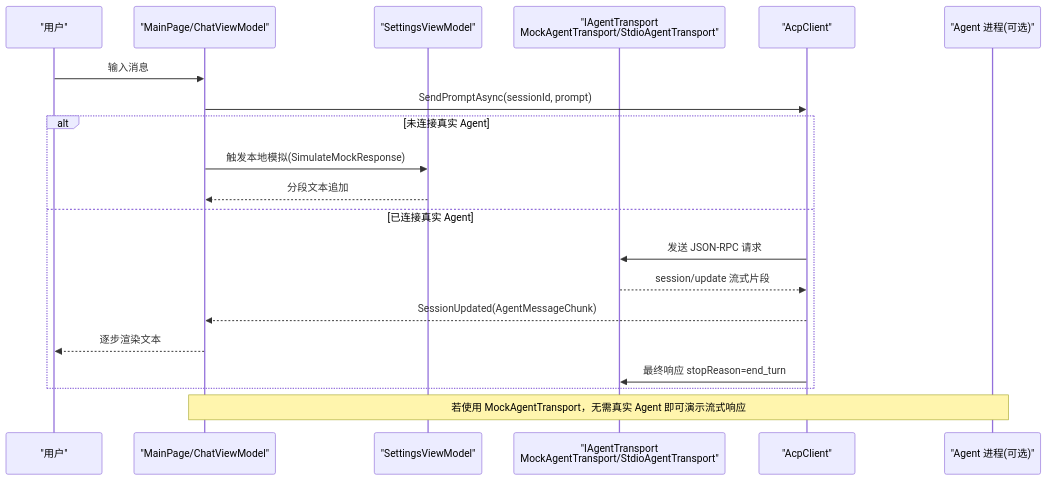
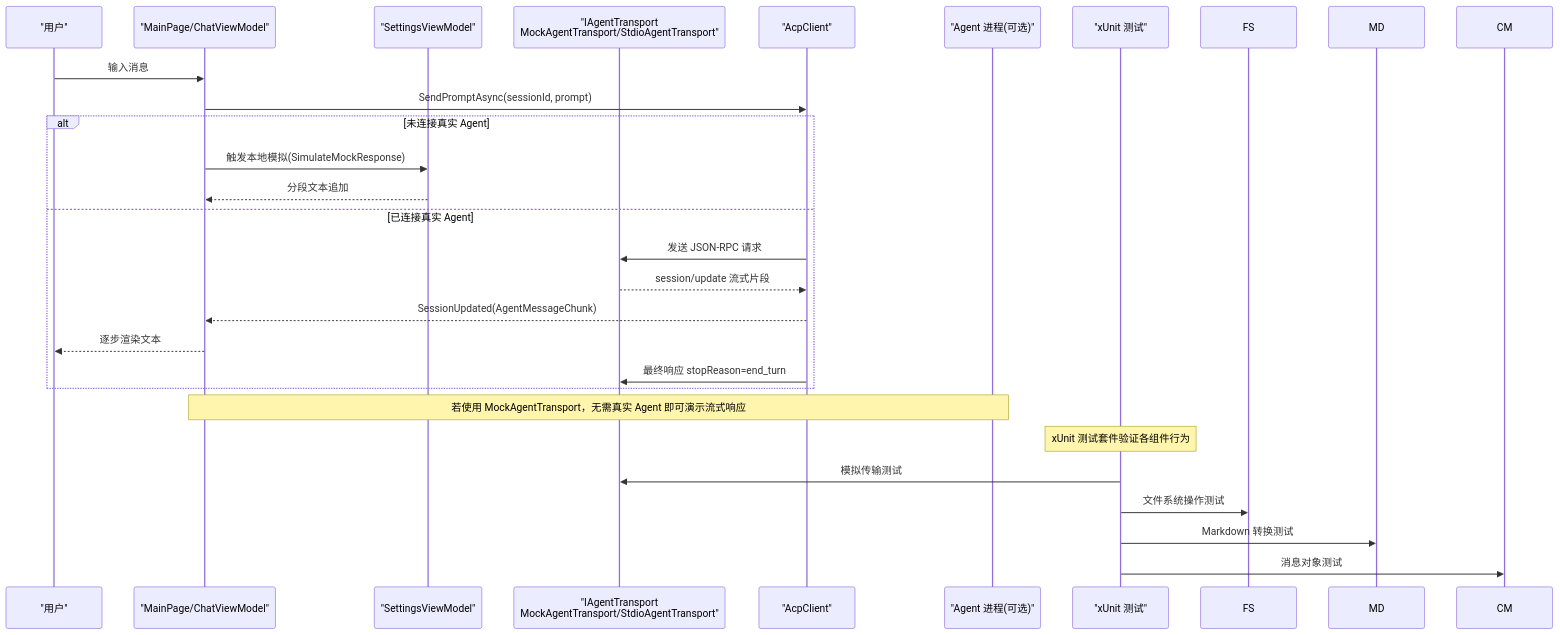
The second of 6 diagrams in .qoder/repowiki/zh/content/开发指南/调试测试.md (AgenticDesktop/App), drawn with Mermaid before and after one commit. The commit also changed other lines of this file and 108 other files, not shown here.

````diff
--- a/.qoder/repowiki/zh/content/开发指南/调试测试.md
+++ b/.qoder/repowiki/zh/content/开发指南/调试测试.md
@@ -130,22 +174,28 @@
 ```mermaid
 sequenceDiagram
 participant U as "用户"
 participant UI as "MainPage/ChatViewModel"
 participant VM as "SettingsViewModel"
 participant TR as "IAgentTransport<br/>MockAgentTransport/StdioAgentTransport"
 participant AC as "AcpClient"
 participant AG as "Agent 进程(可选)"
+participant TEST as "xUnit 测试"
 U->>UI : 输入消息
 UI->>AC : SendPromptAsync(sessionId, prompt)
 alt 未连接真实 Agent
 UI->>VM : 触发本地模拟(SimulateMockResponse)
 VM-->>UI : 分段文本追加
 else 已连接真实 Agent
 AC->>TR : 发送 JSON-RPC 请求
 TR-->>AC : session/update 流式片段
 AC-->>UI : SessionUpdated(AgentMessageChunk)
 UI-->>U : 逐步渲染文本
 AC->>TR : 最终响应 stopReason=end_turn
 end
 Note over UI,AG : 若使用 MockAgentTransport，无需真实 Agent 即可演示流式响应
+Note over TEST : xUnit 测试套件验证各组件行为
+TEST->>TR : 模拟传输测试
+TEST->>FS : 文件系统操作测试
+TEST->>MD : Markdown 转换测试
+TEST->>CM : 消息对象测试
 ```
````
